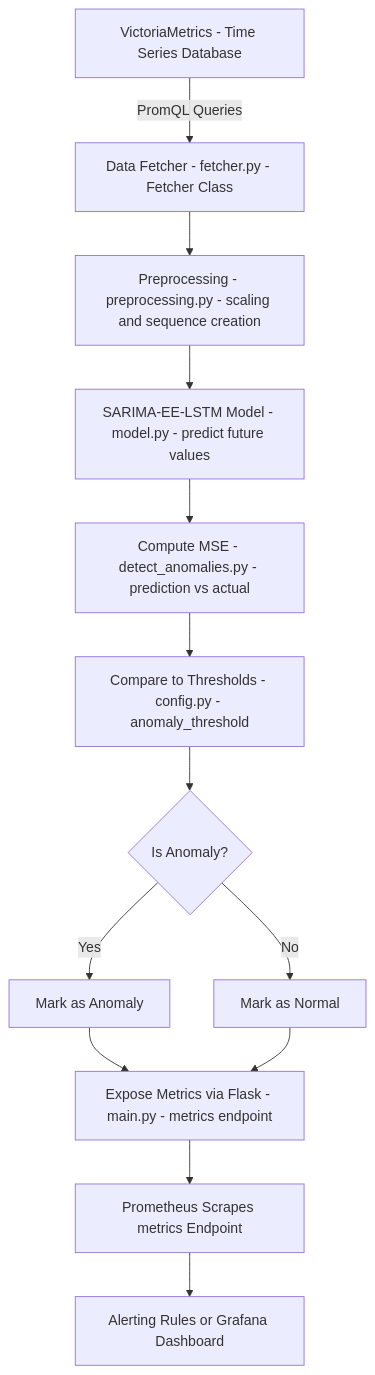
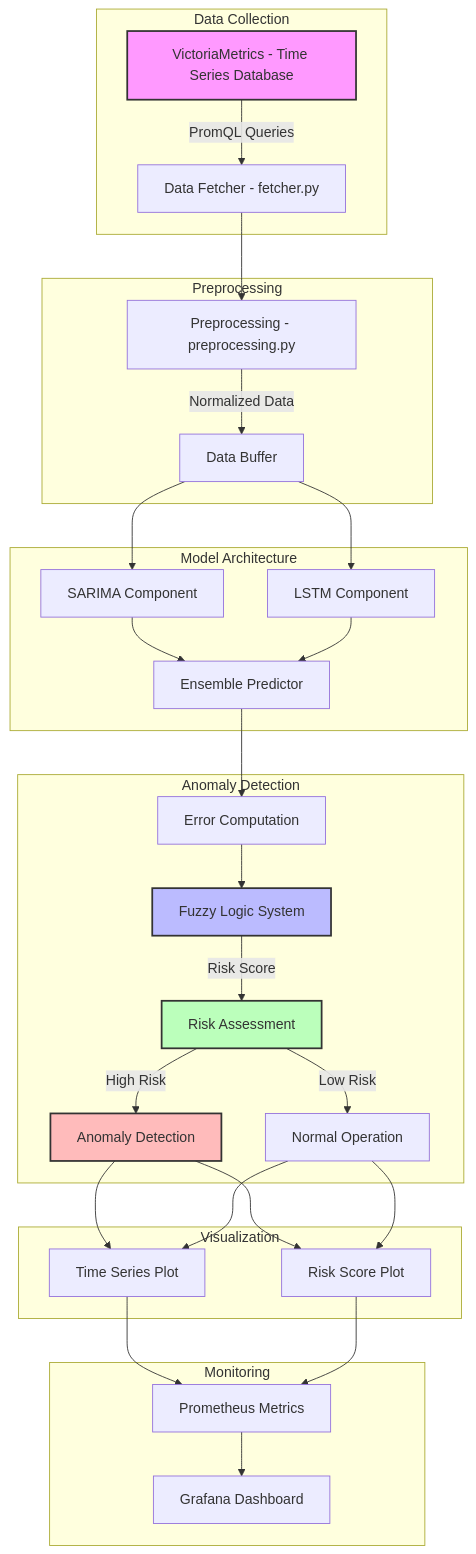
One commit to arash-zare/SARIMA-EE-LSTM changed the diagram in README.md. Above: the diagram before and after it, drawn with Mermaid. The commit also changed other lines of this file, not shown here.

````diff
--- a/README.md
+++ b/README.md
@@ -139,15 +153,44 @@
 ```mermaid
 flowchart TD
-    A[VictoriaMetrics - Time Series Database] -->|PromQL Queries| B[Data Fetcher - fetcher.py - Fetcher Class]
-    B --> C[Preprocessing - preprocessing.py - scaling and sequence creation]
-    C --> D[SARIMA-EE-LSTM Model - model.py - predict future values]
-    D --> E[Compute MSE - detect_anomalies.py - prediction vs actual]
-    E --> F[Compare to Thresholds - config.py - anomaly_threshold]
-    F --> G{Is Anomaly?}
-    G -->|Yes| H1[Mark as Anomaly]
-    G -->|No| H2[Mark as Normal]
-    H1 --> H[Expose Metrics via Flask - main.py - metrics endpoint]
-    H2 --> H
-    H --> I[Prometheus Scrapes metrics Endpoint]
-    I --> J[Alerting Rules or Grafana Dashboard]
+    subgraph Data Collection
+        A[VictoriaMetrics - Time Series Database] -->|PromQL Queries| B[Data Fetcher - fetcher.py]
+    end
+    
+    subgraph Preprocessing
+        B --> C[Preprocessing - preprocessing.py]
+        C -->|Normalized Data| D[Data Buffer]
+    end
+    
+    subgraph Model Architecture
+        D --> E[SARIMA Component]
+        D --> F[LSTM Component]
+        E --> G[Ensemble Predictor]
+        F --> G
+    end
+    
+    subgraph Anomaly Detection
+        G --> H[Error Computation]
+        H --> I[Fuzzy Logic System]
+        I -->|Risk Score| J[Risk Assessment]
+        J -->|High Risk| K[Anomaly Detection]
+        J -->|Low Risk| L[Normal Operation]
+    end
+    
+    subgraph Visualization
+        K --> M[Time Series Plot]
+        L --> M
+        K --> N[Risk Score Plot]
+        L --> N
+    end
+    
+    subgraph Monitoring
+        M --> O[Prometheus Metrics]
+        N --> O
+        O --> P[Grafana Dashboard]
+    end
+    
+    style A fill:#f9f,stroke:#333,stroke-width:2px
+    style I fill:#bbf,stroke:#333,stroke-width:2px
+    style J fill:#bfb,stroke:#333,stroke-width:2px
+    style K fill:#fbb,stroke:#333,stroke-width:2px
 ```
````
